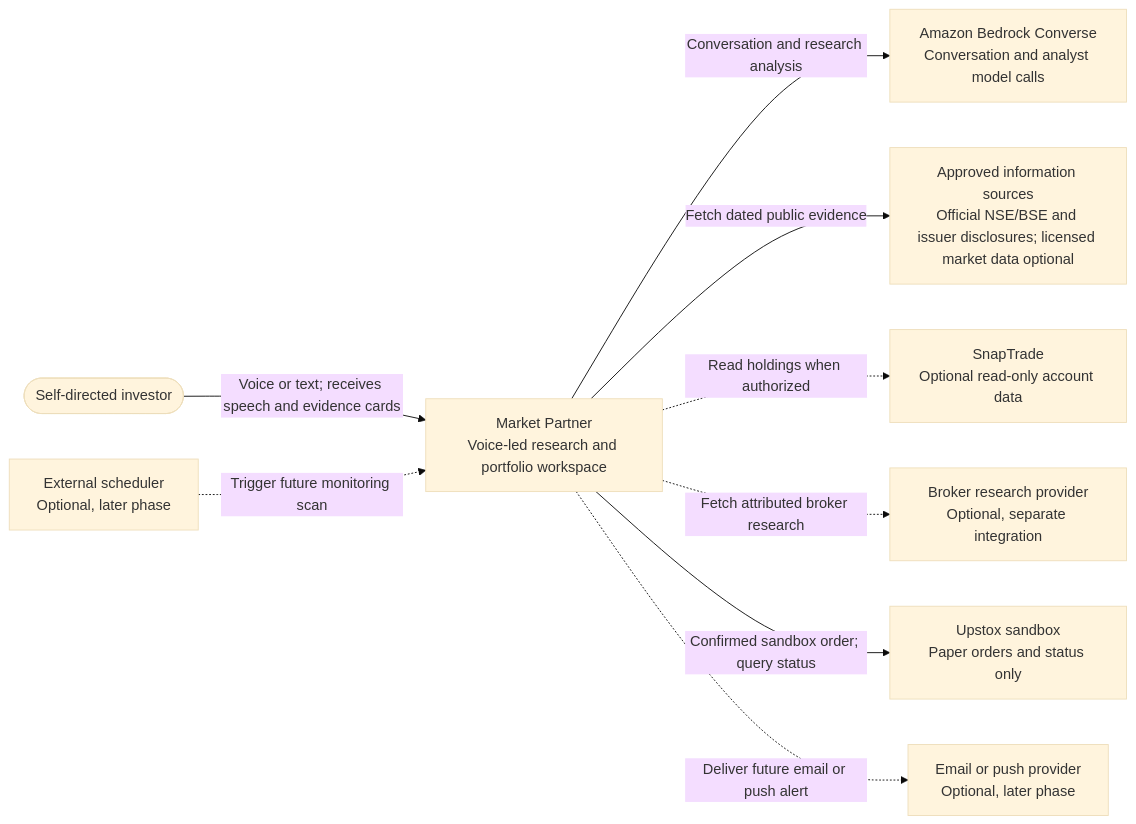
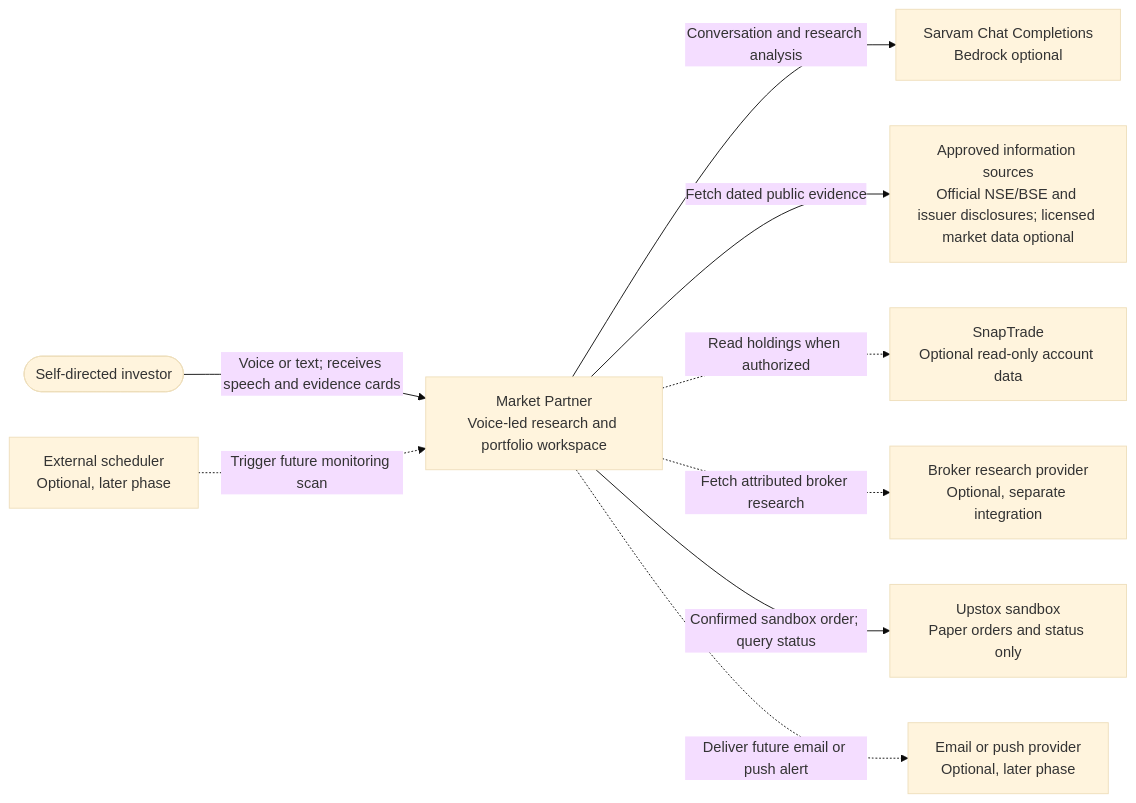
One commit to BlueWaves-afk/market-assistant changed the first of 7 diagrams in docs/HLD.md. Above: the diagram before and after it, drawn with Mermaid (base theme). The commit also changed other lines of this file and 13 other files, not shown here.

Commit message:
Build Sarvam voice-led Market Partner demo

````diff
--- a/docs/HLD.md
+++ b/docs/HLD.md
@@ -11,21 +11,21 @@
 ```mermaid
 flowchart LR
     Investor([Self-directed investor])
     MarketPartner["Market Partner<br/>Voice-led research and portfolio workspace"]
-    Bedrock["Amazon Bedrock Converse<br/>Conversation and analyst model calls"]
+    ModelProvider["Sarvam Chat Completions<br/>Bedrock optional"]
     Sources["Approved information sources<br/>Official NSE/BSE and issuer disclosures; licensed market data optional"]
     BrokerResearch["Broker research provider<br/>Optional, separate integration"]
     SnapTrade["SnapTrade<br/>Optional read-only account data"]
     Upstox["Upstox sandbox<br/>Paper orders and status only"]
     Scheduler["External scheduler<br/>Optional, later phase"]
     Notifications["Email or push provider<br/>Optional, later phase"]
 
     Investor -->|Voice or text; receives speech and evidence cards| MarketPartner
-    MarketPartner -->|Conversation and research analysis| Bedrock
+    MarketPartner -->|Conversation and research analysis| ModelProvider
     MarketPartner -->|Fetch dated public evidence| Sources
     MarketPartner -.->|Read holdings when authorized| SnapTrade
     MarketPartner -.->|Fetch attributed broker research| BrokerResearch
     MarketPartner -->|Confirmed sandbox order; query status| Upstox
     Scheduler -.->|Trigger future monitoring scan| MarketPartner
     MarketPartner -.->|Deliver future email or push alert| Notifications
 ```
````
